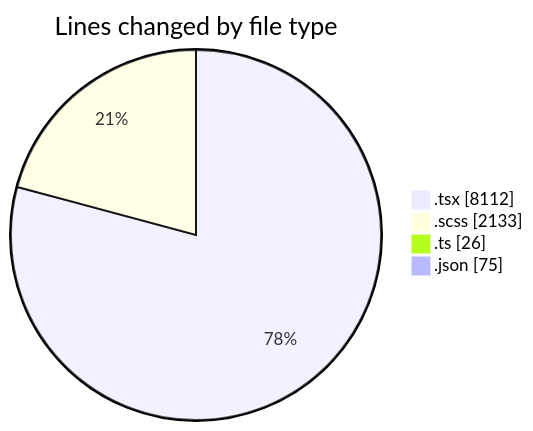
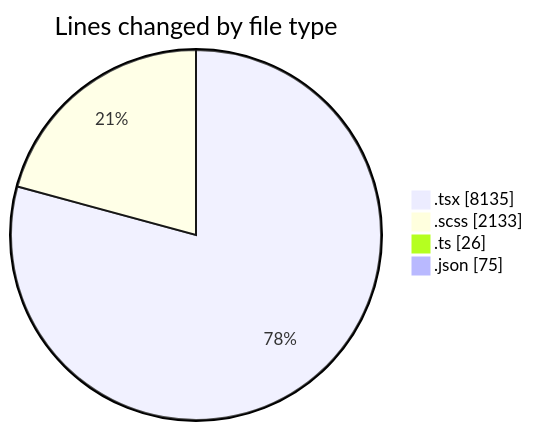
One commit to momahboobian/code-tracking changed the first of 2 diagrams in 2025-04-09/cda/README.md. Above: the diagram before and after it, drawn with Mermaid. The commit also changed other lines of this file and 1 other file, not shown here.

````diff
--- a/2025-04-09/cda/README.md
+++ b/2025-04-09/cda/README.md
@@ -48,8 +48,8 @@
 ```mermaid
 pie showData
 title Lines changed by file type
-".tsx" : 8112
+".tsx" : 8135
 ".scss" : 2133
 ".ts" : 26
 ".json" : 75
 ```
````
